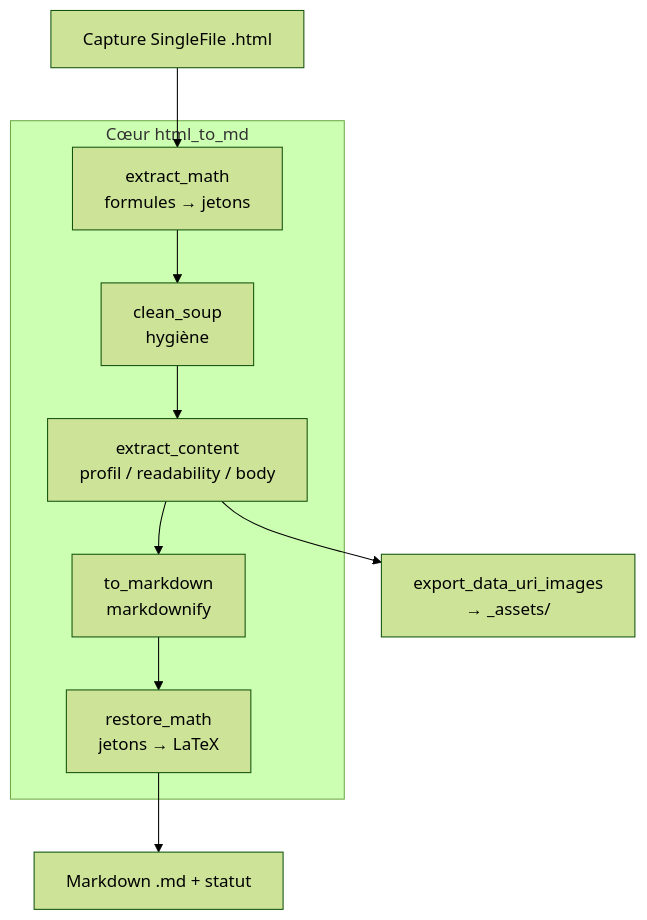
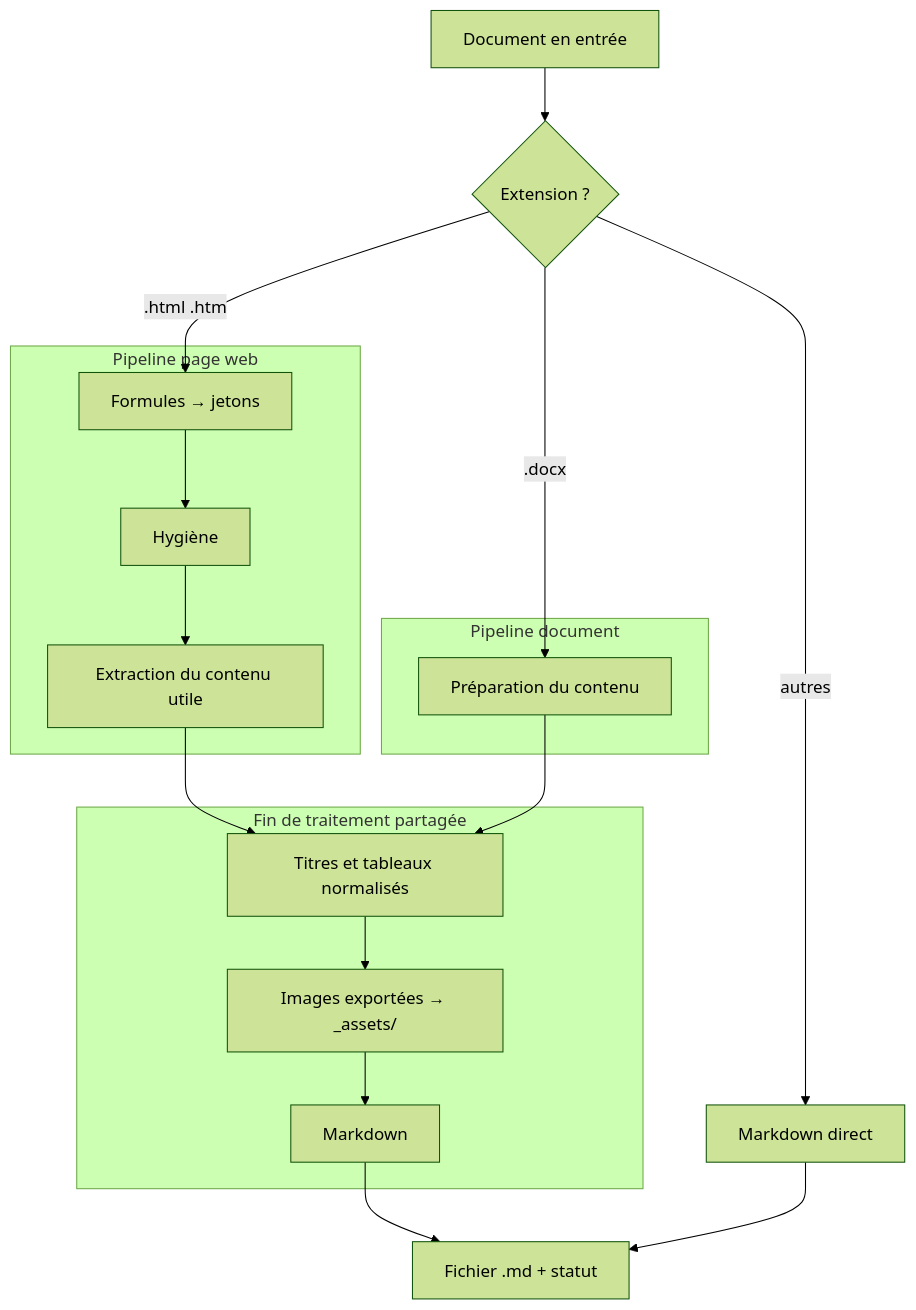
The diagram in docs/ARCHITECTURE.md (floSa/html_to_md), drawn with Mermaid (forest theme) before and after one commit. The commit also changed other lines of this file and 2 other files, not shown here.

````diff
--- a/docs/ARCHITECTURE.md
+++ b/docs/ARCHITECTURE.md
@@ -110,14 +99,32 @@
 ```mermaid
 flowchart TD
-  src[Capture SingleFile .html]
-  subgraph Coeur["Cœur html_to_md"]
-    math[extract_math<br/>formules → jetons]
-    hyg[clean_soup<br/>hygiène]
-    ext[extract_content<br/>profil / readability / body]
-    md[to_markdown<br/>markdownify]
-    rest[restore_math<br/>jetons → LaTeX]
+  src[Document en entrée]
+  route{Extension ?}
+  src --> route
+
+  subgraph Web["Pipeline page web"]
+    math[Formules → jetons]
+    hyg[Hygiène]
+    ext[Extraction du contenu utile]
+    math --> hyg --> ext
   end
-  src --> math --> hyg --> ext --> md --> rest
-  ext --> img[export_data_uri_images<br/>→ _assets/]
-  rest --> out[Markdown .md + statut]
+
+  subgraph Doc["Pipeline document"]
+    prep[Préparation du contenu]
+  end
+
+  subgraph Commun["Fin de traitement partagée"]
+    tidy[Titres et tableaux normalisés]
+    img[Images exportées → _assets/]
+    md[Markdown]
+    tidy --> img --> md
+  end
+
+  route -->|.html .htm| math
+  route -->|.docx| prep
+  route -->|autres| direct[Markdown direct]
+  ext --> tidy
+  prep --> tidy
+  md --> out[Fichier .md + statut]
+  direct --> out
 ```
````
